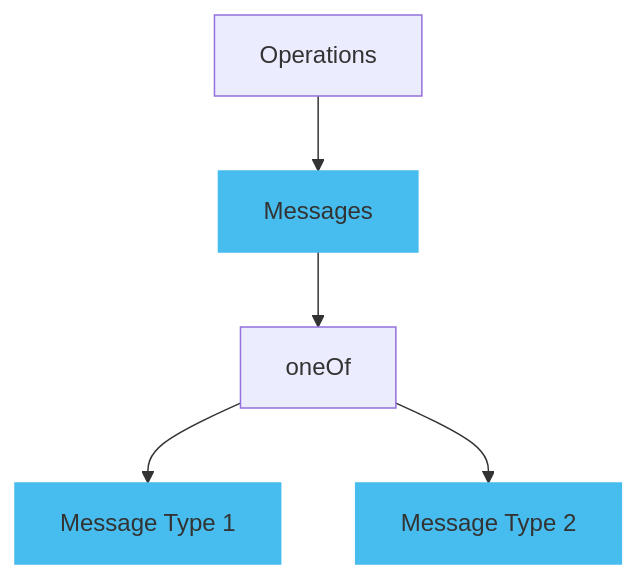
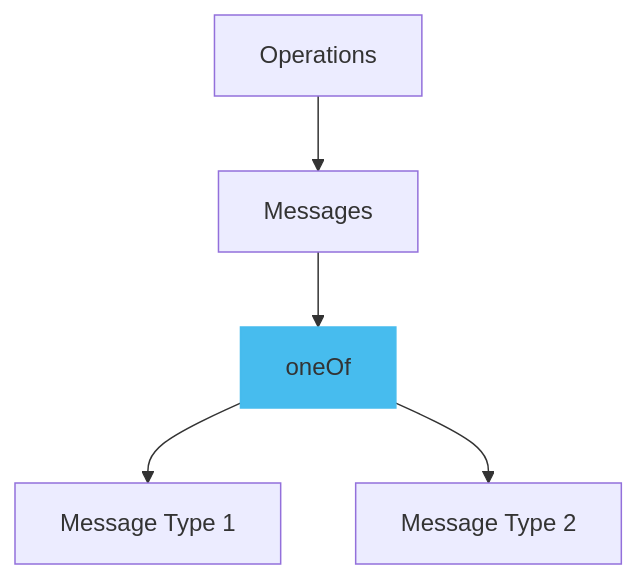
Before and after one commit to asyncapi/website: the second of 4 diagrams in pages/docs/concepts/asyncapi-document/adding_messages.md, drawn with Mermaid. The commit also changed other lines of this file, not shown here.

````diff
--- a/pages/docs/concepts/asyncapi-document/adding_messages.md
+++ b/pages/docs/concepts/asyncapi-document/adding_messages.md
@@ -40,11 +36,9 @@
 ```mermaid
 graph TD;
     A[Operations] --> B[Messages]
     B --> C[oneOf]
     C --> D[Message Type 1]
     C --> E[Message Type 2]
 
-    style B fill:#47BCEE,stroke:#47BCEE;
-    style D fill:#47BCEE,stroke:#47BCEE;
-    style E fill:#47BCEE,stroke:#47BCEE;
+    style C fill:#47BCEE,stroke:#47BCEE;
 ```
````
